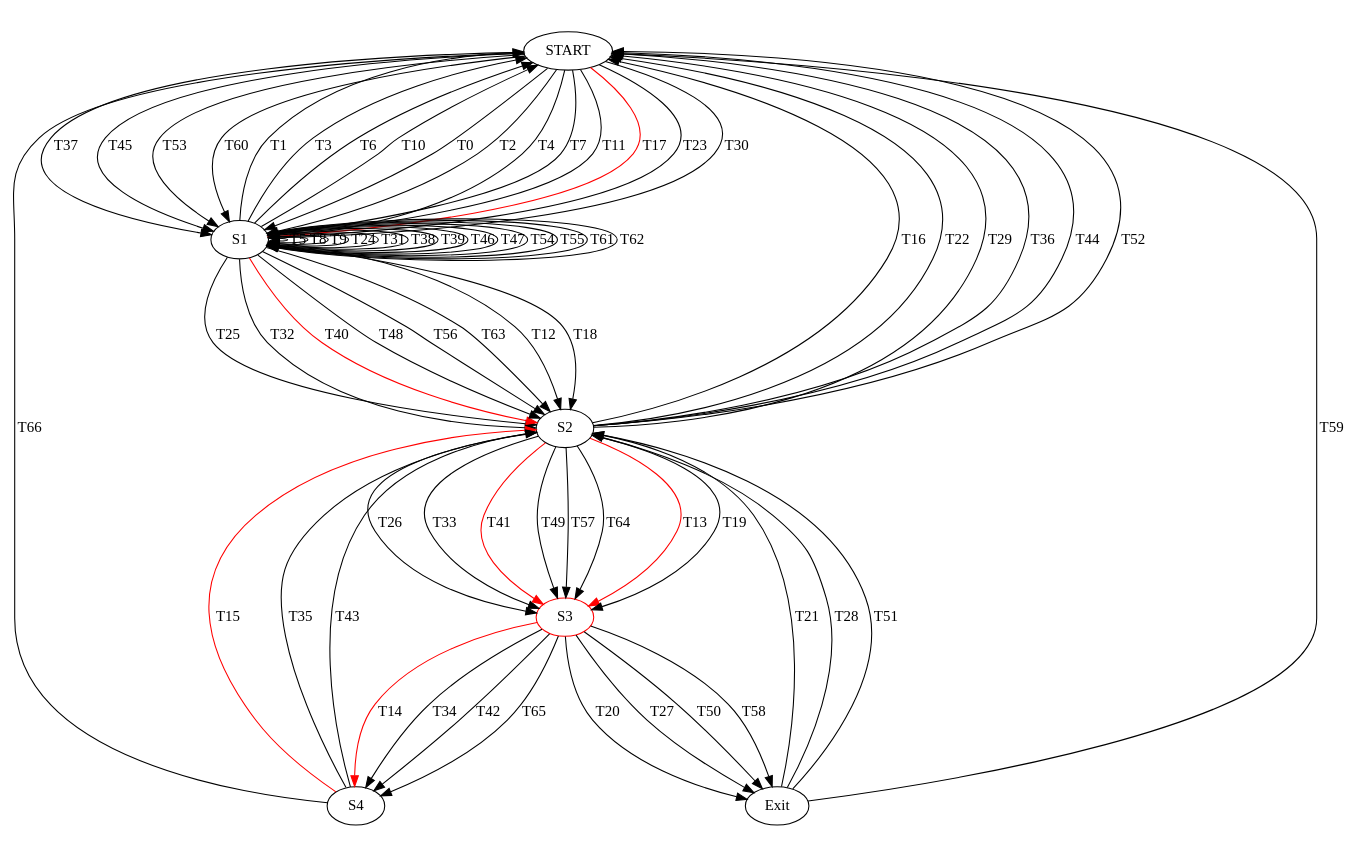
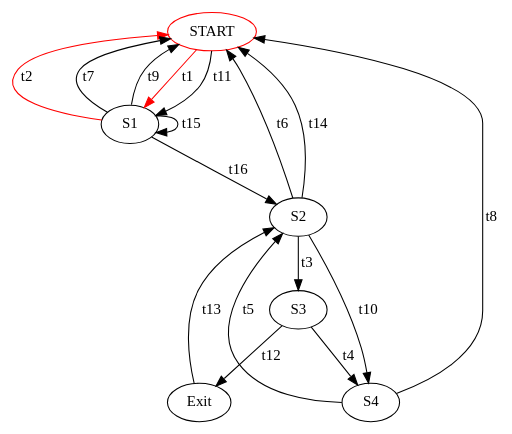
Before and after one commit to Catxiaobai/project: the diagram in file/webchess.dot, drawn with Graphviz. The commit also changed 27 other files, not shown here.

```diff
--- a/file/webchess.dot
+++ b/file/webchess.dot
@@ -1,70 +1,19 @@
 digraph g {
 ratio = 1.25 
- START -> S1 [ label="T0"];
- S1 -> START [ label="T1"];
- START -> S1 [ label="T2"];
- S1 -> START [ label="T3"];
- START -> S1 [ label="T4"];
- S1 -> S1 [ label="T5"];
- S1 -> START [ label="T6"];
- START -> S1 [ label="T7"];
- S1 -> S1 [ label="T8"];
- S1 -> S1 [ label="T9"];
- S1 -> START [ label="T10"];
- START -> S1 [ label="T11"];
- S1 -> S2 [ label="T12"];
- S2 -> S3 [ label="T13",color = red];
- S3 -> S4 [ label="T14",color = red];
- S4 -> S2 [ label="T15",color = red];
- S2 -> START [ label="T16"];
- START -> S1 [ label="T17",color = red];
- S1 -> S2 [ label="T18"];
- S2 -> S3 [ label="T19"];
- S3 -> Exit [ label="T20"];
- Exit -> S2 [ label="T21"];
- S2 -> START [ label="T22"];
- START -> S1 [ label="T23"];
- S1 -> S1 [ label="T24"];
- S1 -> S2 [ label="T25"];
- S2 -> S3 [ label="T26"];
- S3 -> Exit [ label="T27"];
- Exit -> S2 [ label="T28"];
- S2 -> START [ label="T29"];
- START -> S1 [ label="T30"];
- S1 -> S1 [ label="T31"];
- S1 -> S2 [ label="T32"];
- S2 -> S3 [ label="T33"];
- S3 -> S4 [ label="T34"];
- S4 -> S2 [ label="T35"];
- S2 -> START [ label="T36"];
- START -> S1 [ label="T37"];
- S1 -> S1 [ label="T38"];
- S1 -> S1 [ label="T39"];
- S1 -> S2 [ label="T40",color = red];
- S2 -> S3 [ label="T41",color = red];
- S3 -> S4 [ label="T42"];
- S4 -> S2 [ label="T43"];
- S2 -> START [ label="T44"];
- START -> S1 [ label="T45"];
- S1 -> S1 [ label="T46"];
- S1 -> S1 [ label="T47"];
- S1 -> S2 [ label="T48"];
- S2 -> S3 [ label="T49"];
- S3 -> Exit [ label="T50"];
- Exit -> S2 [ label="T51"];
- S2 -> START [ label="T52"];
- START -> S1 [ label="T53"];
- S1 -> S1 [ label="T54"];
- S1 -> S1 [ label="T55"];
- S1 -> S2 [ label="T56"];
- S2 -> S3 [ label="T57"];
- S3 -> Exit [ label="T58"];
- Exit -> START [ label="T59"];
- START -> S1 [ label="T60"];
- S1 -> S1 [ label="T61"];
- S1 -> S1 [ label="T62"];
- S1 -> S2 [ label="T63"];
- S2 -> S3 [ label="T64"];
- S3 -> S4 [ label="T65"];
- S4 -> START [ label="T66"];
-S3[color=red]}
+ START -> S1 [ label="t1",color = red];
+ S1 -> START [ label="t2",color = red];
+ S2 -> S3 [ label="t3"];
+ S3 -> S4 [ label="t4"];
+ S4 -> S2 [ label="t5"];
+ S2 -> START [ label="t6"];
+ S1 -> START [ label="t7"];
+ S4 -> START [ label="t8"];
+ S1 -> START [ label="t9"];
+ S2 -> S4 [ label="t10"];
+ START -> S1 [ label="t11"];
+ S3 -> Exit [ label="t12"];
+ Exit -> S2 [ label="t13"];
+ S2 -> START [ label="t14"];
+ S1 -> S1 [ label="t15"];
+ S1 -> S2 [ label="t16"];
+START[color=red]}
```
